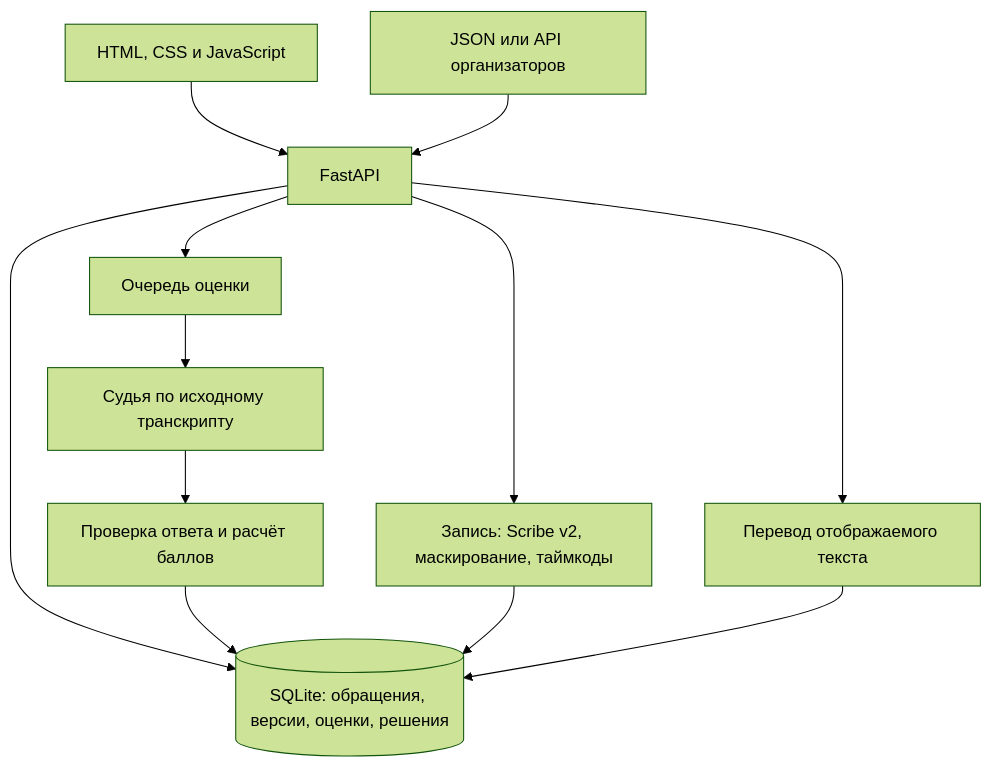
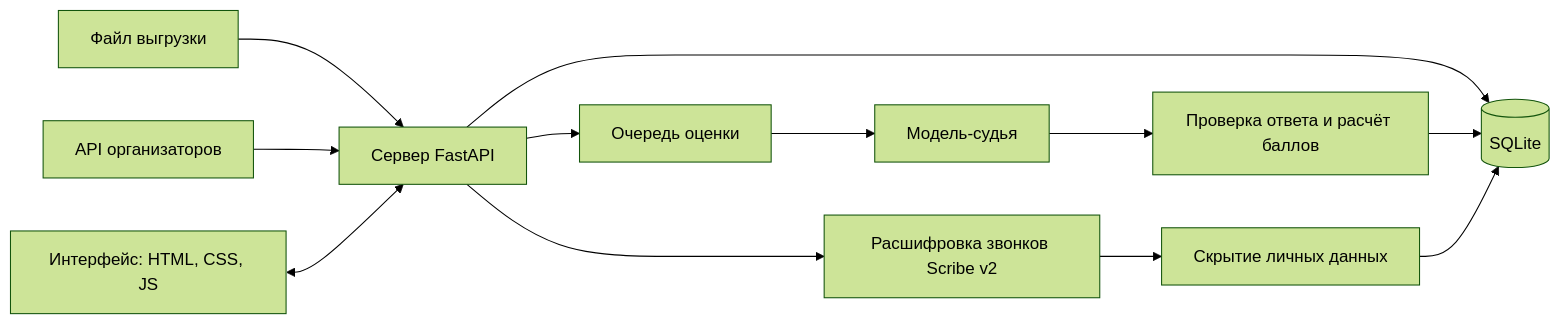
The diagram in README.md (zzhassyn/data-freedom), drawn with Mermaid (forest theme) before and after one commit. The commit also changed other lines of this file and 12 other files, not shown here.

````diff
--- a/README.md
+++ b/README.md
@@ -82,14 +55,14 @@
 ```mermaid
-flowchart TD
-    UI[HTML, CSS и JavaScript] --> API[FastAPI]
-    CRM[JSON или API организаторов] --> API
-    API --> DB[(SQLite: обращения, версии, оценки, решения)]
+flowchart LR
+    Files[Файл выгрузки] --> API
+    CRM[API организаторов] --> API
+    UI[Интерфейс: HTML, CSS, JS] <--> API[Сервер FastAPI]
+    API --> DB[(SQLite)]
     API --> Queue[Очередь оценки]
-    Queue --> Judge[Судья по исходному транскрипту]
-    Judge --> Score[Проверка ответа и расчёт баллов]
-    Score --> DB
-    API --> STT[Запись: Scribe v2, маскирование, таймкоды]
-    STT --> DB
-    API --> Translation[Перевод отображаемого текста]
-    Translation --> DB
+    Queue --> Judge[Модель-судья]
+    Judge --> Check[Проверка ответа и расчёт баллов]
+    Check --> DB
+    API --> STT[Расшифровка звонков Scribe v2]
+    STT --> Mask[Скрытие личных данных]
+    Mask --> DB
 ```
````
